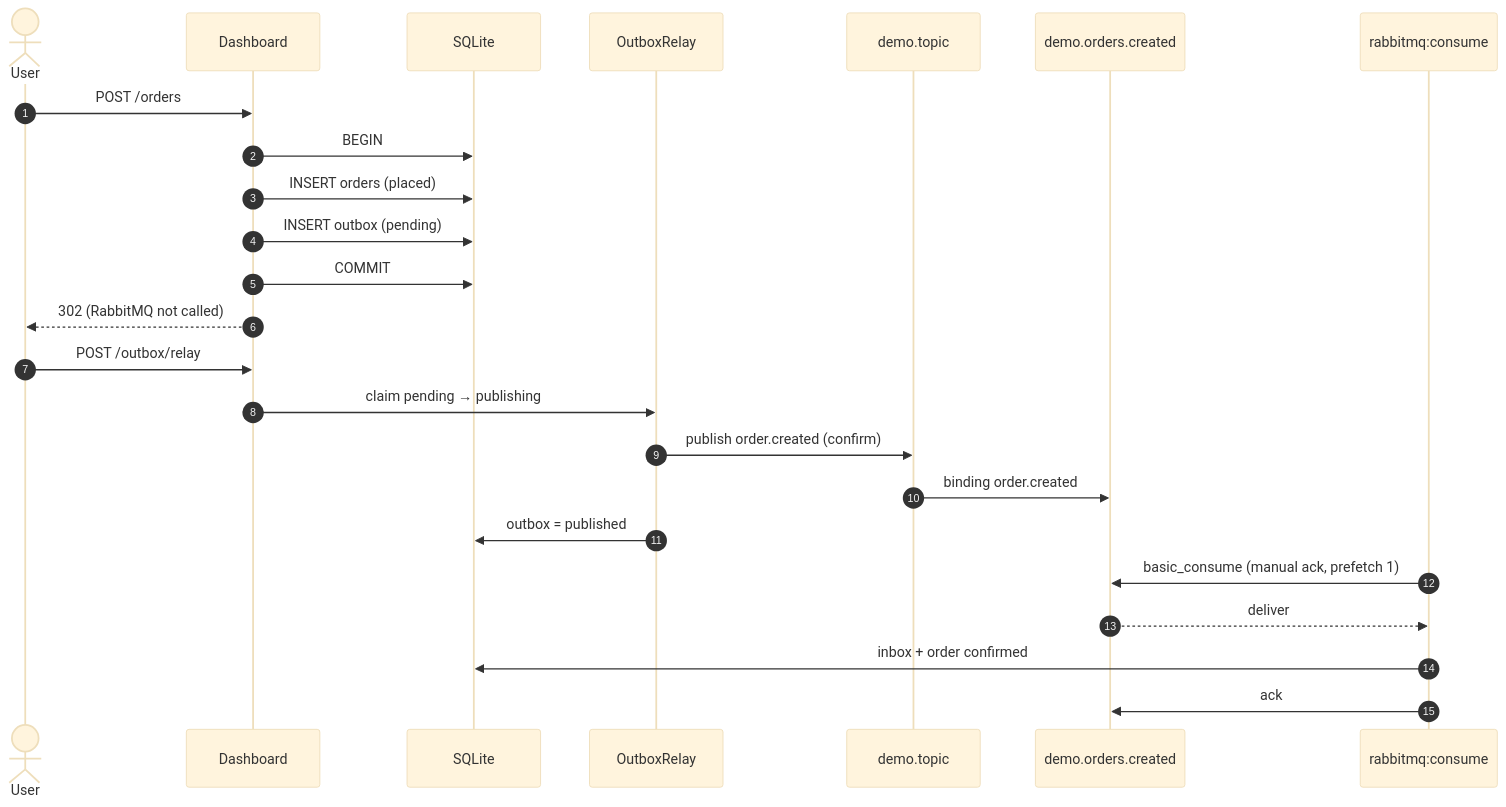
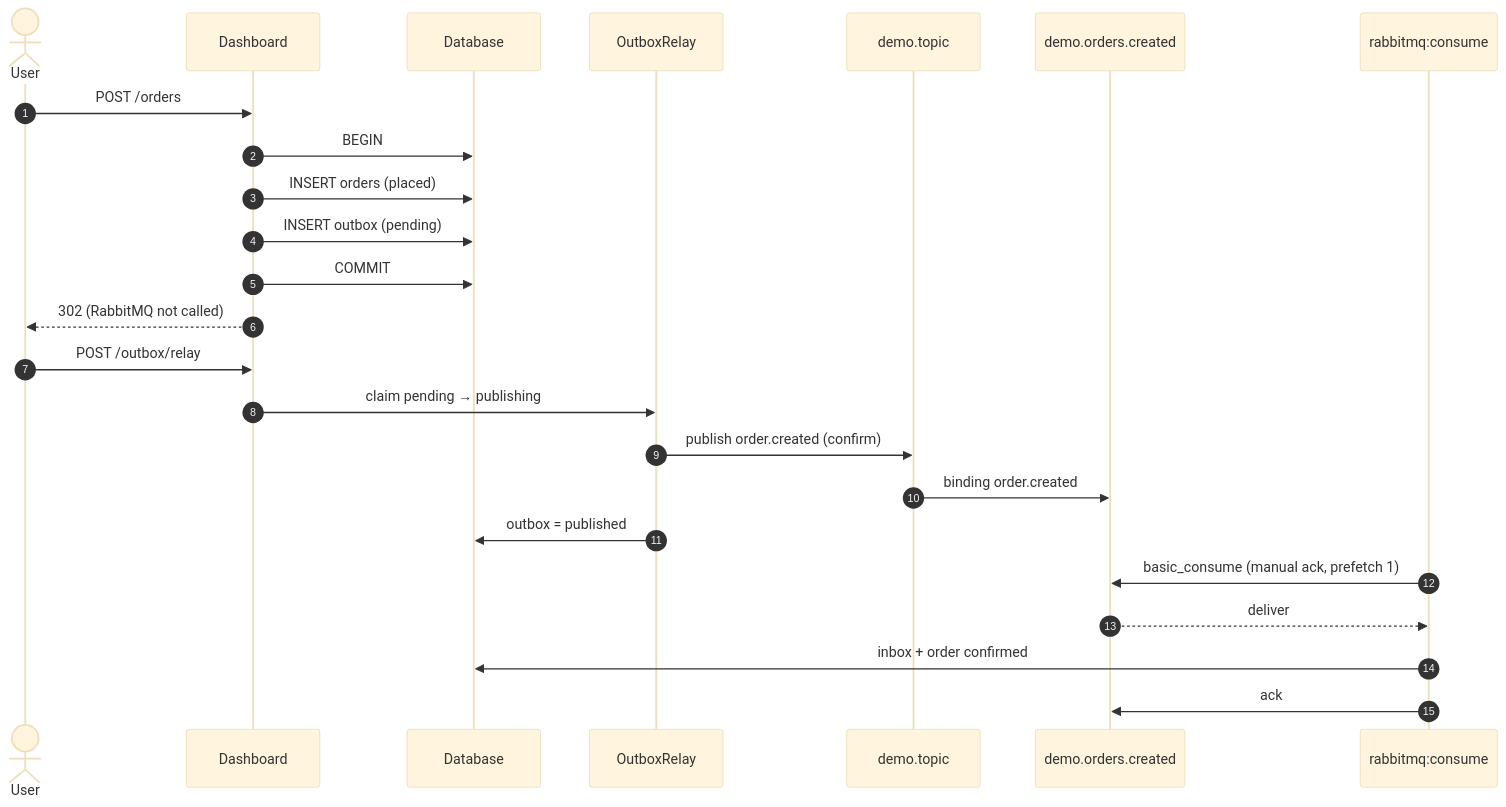
Before and after one commit to engyahmed7/rabbitmq-outbox-pattern: the second of 5 diagrams in README.md, drawn with Mermaid (base theme). The commit also changed other lines of this file, not shown here.

Commit message:
Update README.md to clarify database references, and enhance the quick start instructions.

````diff
--- a/README.md
+++ b/README.md
@@ -35,29 +35,29 @@
 ```mermaid
 sequenceDiagram
     autonumber
     actor User
     participant HTTP as Dashboard
-    participant DB as SQLite
+    participant DB as Database
     participant Relay as OutboxRelay
     participant Topic as demo.topic
     participant Queue as demo.orders.created
     participant Worker as rabbitmq:consume
 
     User->>HTTP: POST /orders
     HTTP->>DB: BEGIN
     HTTP->>DB: INSERT orders (placed)
     HTTP->>DB: INSERT outbox (pending)
     HTTP->>DB: COMMIT
     HTTP-->>User: 302 (RabbitMQ not called)
 
     User->>HTTP: POST /outbox/relay
     HTTP->>Relay: claim pending → publishing
     Relay->>Topic: publish order.created (confirm)
     Topic->>Queue: binding order.created
     Relay->>DB: outbox = published
 
     Worker->>Queue: basic_consume (manual ack, prefetch 1)
     Queue-->>Worker: deliver
     Worker->>DB: inbox + order confirmed
     Worker->>Queue: ack
 ```
````
